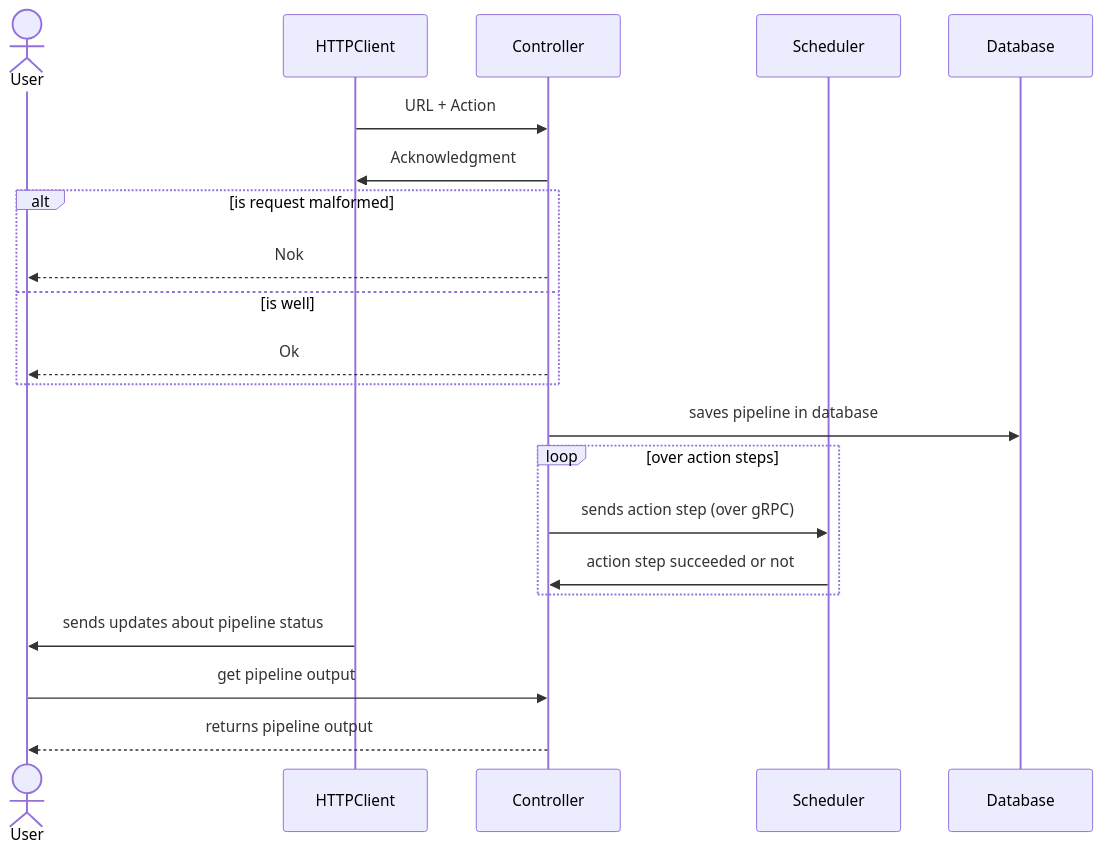
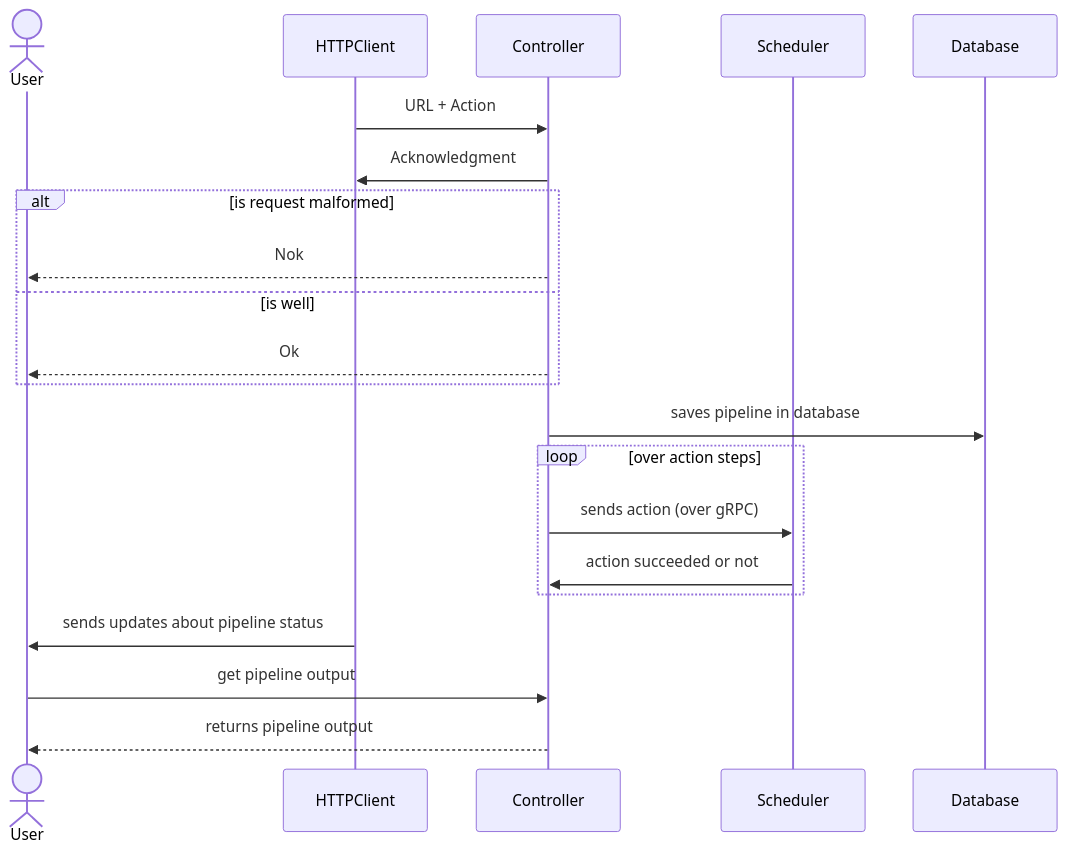
One commit to dev-sys-do/sealci changed the diagram in docs/controller.md. Above: the diagram before and after it, drawn with Mermaid. The commit also changed other lines of this file, not shown here.

Commit message:
docs(controller): simplified actions status

````diff
--- a/docs/controller.md
+++ b/docs/controller.md
@@ -111,29 +135,29 @@
 ```mermaid
 sequenceDiagram
     actor User
     participant HTTPClient
     participant Controller
     participant Scheduler
 
     participant Database
 
     HTTPClient->>Controller: URL + Action
     Controller->>HTTPClient: Acknowledgment
 
     alt is request malformed
         Controller-->>User: Nok
     else is well
         Controller-->>User: Ok
     end
 
     Controller->>Database: saves pipeline in database
 
     loop over action steps
-        Controller->>Scheduler: sends action step (over gRPC)
-        Scheduler->>Controller: action step succeeded or not
+        Controller->>Scheduler: sends action (over gRPC)
+        Scheduler->>Controller: action succeeded or not
     end
 
     HTTPClient->>User: sends updates about pipeline status
     User->>Controller: get pipeline output
     Controller-->>User: returns pipeline output
 ```
````
